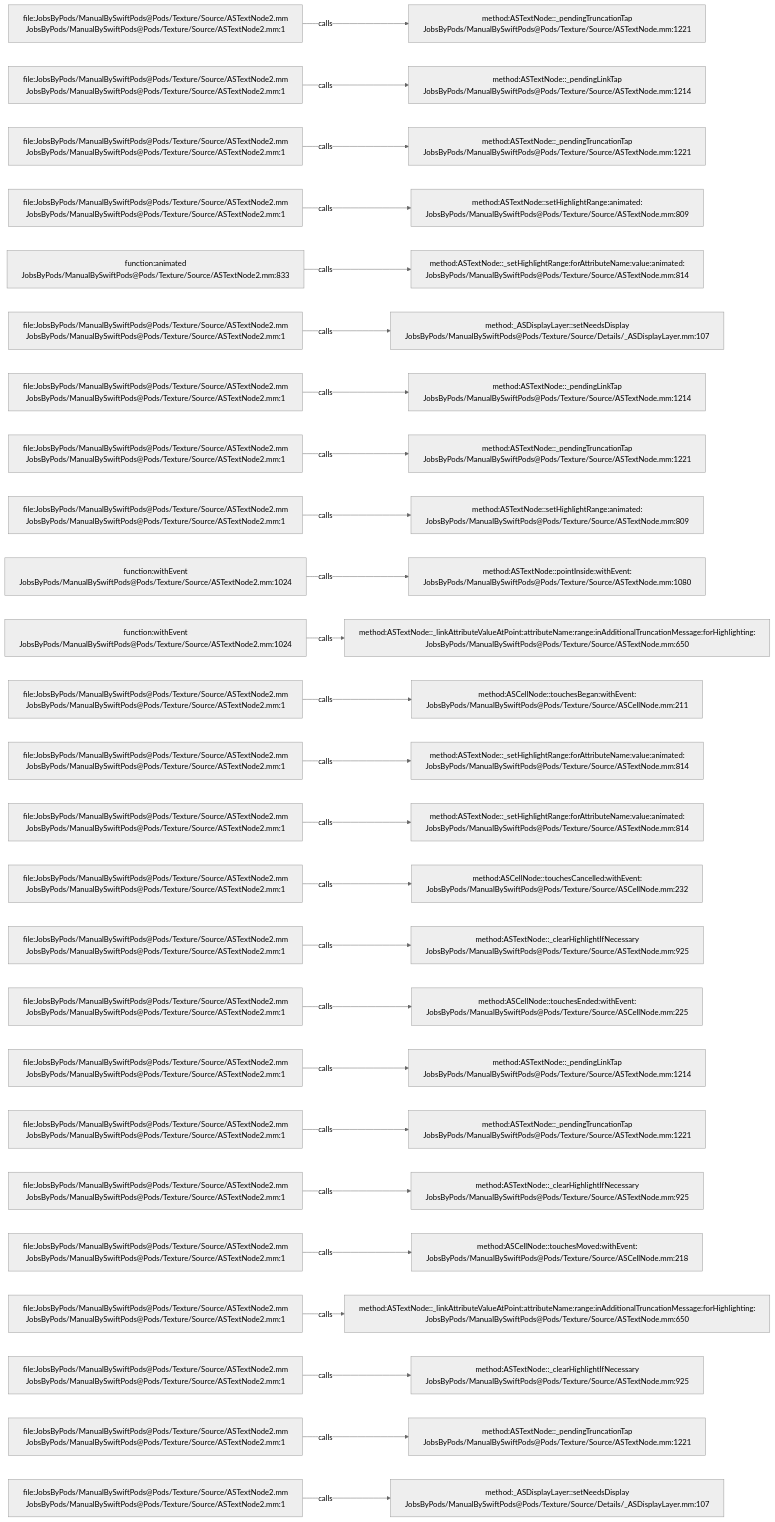
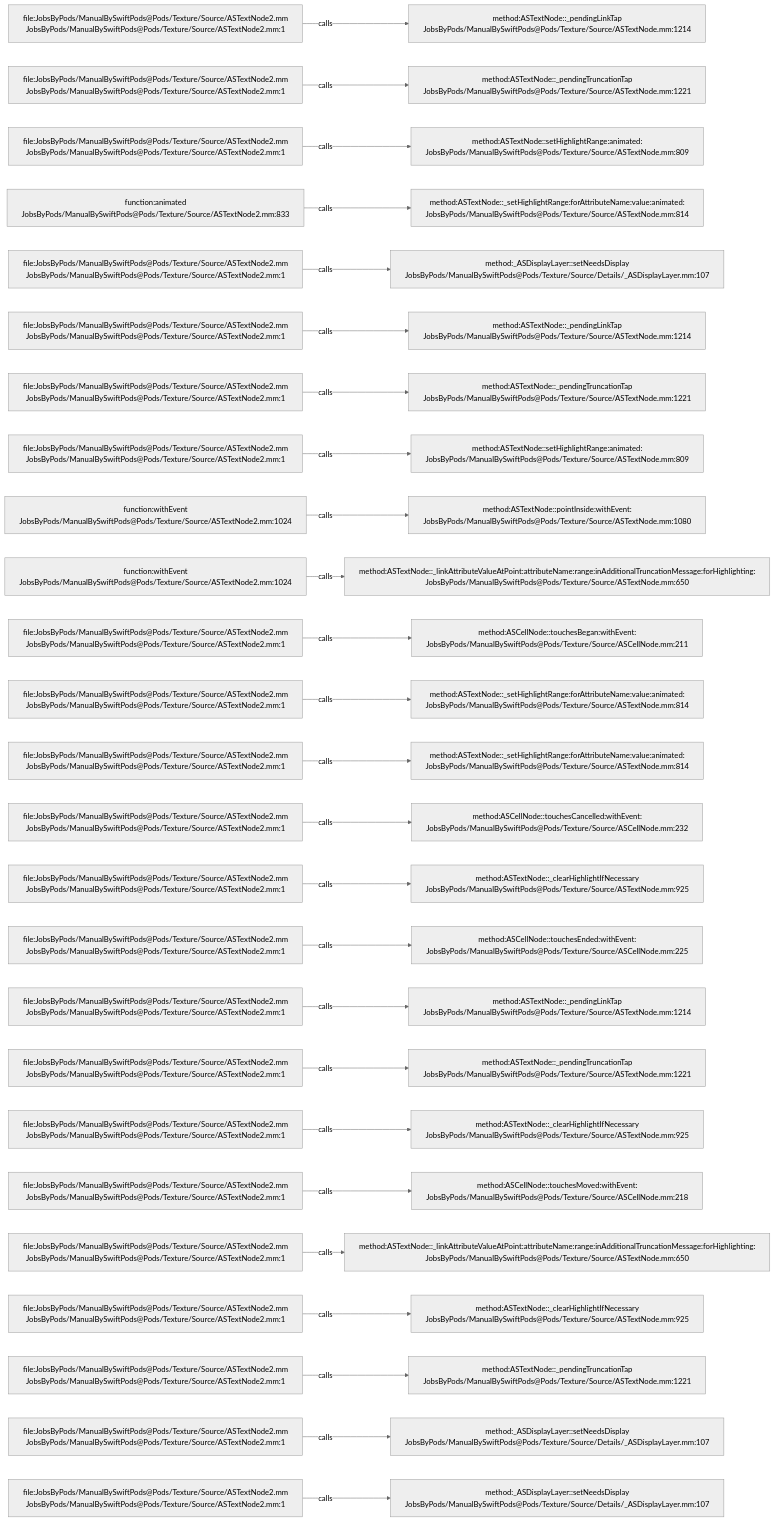
Before and after one commit to JobsKits/JobsSwiftBaseConfigDemo: the diagram in .codegraph/codegraph.md/graphs/calls-072.md, drawn with Mermaid (neutral theme). The commit also changed 747 other files, not shown here.

````diff
--- a/.codegraph/codegraph.md/graphs/calls-072.md
+++ b/.codegraph/codegraph.md/graphs/calls-072.md
@@ -13,78 +13,78 @@
 ```mermaid
 flowchart LR
   S1["file:JobsByPods/ManualBySwiftPods@Pods/Texture/Source/ASTextNode2.mm<br/>JobsByPods/ManualBySwiftPods@Pods/Texture/Source/ASTextNode2.mm:1"]
-  T1["method:ASTextNode::_pendingTruncationTap<br/>JobsByPods/ManualBySwiftPods@Pods/Texture/Source/ASTextNode.mm:1221"]
+  T1["method:ASTextNode::_pendingLinkTap<br/>JobsByPods/ManualBySwiftPods@Pods/Texture/Source/ASTextNode.mm:1214"]
   S1 -->|calls| T1
   S2["file:JobsByPods/ManualBySwiftPods@Pods/Texture/Source/ASTextNode2.mm<br/>JobsByPods/ManualBySwiftPods@Pods/Texture/Source/ASTextNode2.mm:1"]
-  T2["method:ASTextNode::_pendingLinkTap<br/>JobsByPods/ManualBySwiftPods@Pods/Texture/Source/ASTextNode.mm:1214"]
+  T2["method:ASTextNode::_pendingTruncationTap<br/>JobsByPods/ManualBySwiftPods@Pods/Texture/Source/ASTextNode.mm:1221"]
   S2 -->|calls| T2
   S3["file:JobsByPods/ManualBySwiftPods@Pods/Texture/Source/ASTextNode2.mm<br/>JobsByPods/ManualBySwiftPods@Pods/Texture/Source/ASTextNode2.mm:1"]
-  T3["method:ASTextNode::_pendingTruncationTap<br/>JobsByPods/ManualBySwiftPods@Pods/Texture/Source/ASTextNode.mm:1221"]
+  T3["method:ASTextNode::setHighlightRange:animated:<br/>JobsByPods/ManualBySwiftPods@Pods/Texture/Source/ASTextNode.mm:809"]
   S3 -->|calls| T3
-  S4["file:JobsByPods/ManualBySwiftPods@Pods/Texture/Source/ASTextNode2.mm<br/>JobsByPods/ManualBySwiftPods@Pods/Texture/Source/ASTextNode2.mm:1"]
-  T4["method:ASTextNode::setHighlightRange:animated:<br/>JobsByPods/ManualBySwiftPods@Pods/Texture/Source/ASTextNode.mm:809"]
+  S4["function:animated<br/>JobsByPods/ManualBySwiftPods@Pods/Texture/Source/ASTextNode2.mm:833"]
+  T4["method:ASTextNode::_setHighlightRange:forAttributeName:value:animated:<br/>JobsByPods/ManualBySwiftPods@Pods/Texture/Source/ASTextNode.mm:814"]
   S4 -->|calls| T4
-  S5["function:animated<br/>JobsByPods/ManualBySwiftPods@Pods/Texture/Source/ASTextNode2.mm:833"]
-  T5["method:ASTextNode::_setHighlightRange:forAttributeName:value:animated:<br/>JobsByPods/ManualBySwiftPods@Pods/Texture/Source/ASTextNode.mm:814"]
+  S5["file:JobsByPods/ManualBySwiftPods@Pods/Texture/Source/ASTextNode2.mm<br/>JobsByPods/ManualBySwiftPods@Pods/Texture/Source/ASTextNode2.mm:1"]
+  T5["method:_ASDisplayLayer::setNeedsDisplay<br/>JobsByPods/ManualBySwiftPods@Pods/Texture/Source/Details/_ASDisplayLayer.mm:107"]
   S5 -->|calls| T5
   S6["file:JobsByPods/ManualBySwiftPods@Pods/Texture/Source/ASTextNode2.mm<br/>JobsByPods/ManualBySwiftPods@Pods/Texture/Source/ASTextNode2.mm:1"]
-  T6["method:_ASDisplayLayer::setNeedsDisplay<br/>JobsByPods/ManualBySwiftPods@Pods/Texture/Source/Details/_ASDisplayLayer.mm:107"]
+  T6["method:ASTextNode::_pendingLinkTap<br/>JobsByPods/ManualBySwiftPods@Pods/Texture/Source/ASTextNode.mm:1214"]
   S6 -->|calls| T6
   S7["file:JobsByPods/ManualBySwiftPods@Pods/Texture/Source/ASTextNode2.mm<br/>JobsByPods/ManualBySwiftPods@Pods/Texture/Source/ASTextNode2.mm:1"]
-  T7["method:ASTextNode::_pendingLinkTap<br/>JobsByPods/ManualBySwiftPods@Pods/Texture/Source/ASTextNode.mm:1214"]
+  T7["method:ASTextNode::_pendingTruncationTap<br/>JobsByPods/ManualBySwiftPods@Pods/Texture/Source/ASTextNode.mm:1221"]
   S7 -->|calls| T7
   S8["file:JobsByPods/ManualBySwiftPods@Pods/Texture/Source/ASTextNode2.mm<br/>JobsByPods/ManualBySwiftPods@Pods/Texture/Source/ASTextNode2.mm:1"]
-  T8["method:ASTextNode::_pendingTruncationTap<br/>JobsByPods/ManualBySwiftPods@Pods/Texture/Source/ASTextNode.mm:1221"]
+  T8["method:ASTextNode::setHighlightRange:animated:<br/>JobsByPods/ManualBySwiftPods@Pods/Texture/Source/ASTextNode.mm:809"]
   S8 -->|calls| T8
-  S9["file:JobsByPods/ManualBySwiftPods@Pods/Texture/Source/ASTextNode2.mm<br/>JobsByPods/ManualBySwiftPods@Pods/Texture/Source/ASTextNode2.mm:1"]
-  T9["method:ASTextNode::setHighlightRange:animated:<br/>JobsByPods/ManualBySwiftPods@Pods/Texture/Source/ASTextNode.mm:809"]
+  S9["function:withEvent<br/>JobsByPods/ManualBySwiftPods@Pods/Texture/Source/ASTextNode2.mm:1024"]
+  T9["method:ASTextNode::pointInside:withEvent:<br/>JobsByPods/ManualBySwiftPods@Pods/Texture/Source/ASTextNode.mm:1080"]
   S9 -->|calls| T9
   S10["function:withEvent<br/>JobsByPods/ManualBySwiftPods@Pods/Texture/Source/ASTextNode2.mm:1024"]
-  T10["method:ASTextNode::pointInside:withEvent:<br/>JobsByPods/ManualBySwiftPods@Pods/Texture/Source/ASTextNode.mm:1080"]
+  T10["method:ASTextNode::_linkAttributeValueAtPoint:attributeName:range:inAdditionalTruncationMessage:forHighlighting:<br/>JobsByPods/ManualBySwiftPods@Pods/Texture/Source/ASTextNode.mm:650"]
   S10 -->|calls| T10
-  S11["function:withEvent<br/>JobsByPods/ManualBySwiftPods@Pods/Texture/Source/ASTextNode2.mm:1024"]
-  T11["method:ASTextNode::_linkAttributeValueAtPoint:attributeName:range:inAdditionalTruncationMessage:forHighlighting:<br/>JobsByPods/ManualBySwiftPods@Pods/Texture/Source/ASTextNode.mm:650"]
+  S11["file:JobsByPods/ManualBySwiftPods@Pods/Texture/Source/ASTextNode2.mm<br/>JobsByPods/ManualBySwiftPods@Pods/Texture/Source/ASTextNode2.mm:1"]
+  T11["method:ASCellNode::touchesBegan:withEvent:<br/>JobsByPods/ManualBySwiftPods@Pods/Texture/Source/ASCellNode.mm:211"]
   S11 -->|calls| T11
   S12["file:JobsByPods/ManualBySwiftPods@Pods/Texture/Source/ASTextNode2.mm<br/>JobsByPods/ManualBySwiftPods@Pods/Texture/Source/ASTextNode2.mm:1"]
-  T12["method:ASCellNode::touchesBegan:withEvent:<br/>JobsByPods/ManualBySwiftPods@Pods/Texture/Source/ASCellNode.mm:211"]
+  T12["method:ASTextNode::_setHighlightRange:forAttributeName:value:animated:<br/>JobsByPods/ManualBySwiftPods@Pods/Texture/Source/ASTextNode.mm:814"]
   S12 -->|calls| T12
   S13["file:JobsByPods/ManualBySwiftPods@Pods/Texture/Source/ASTextNode2.mm<br/>JobsByPods/ManualBySwiftPods@Pods/Texture/Source/ASTextNode2.mm:1"]
   T13["method:ASTextNode::_setHighlightRange:forAttributeName:value:animated:<br/>JobsByPods/ManualBySwiftPods@Pods/Texture/Source/ASTextNode.mm:814"]
   S13 -->|calls| T13
   S14["file:JobsByPods/ManualBySwiftPods@Pods/Texture/Source/ASTextNode2.mm<br/>JobsByPods/ManualBySwiftPods@Pods/Texture/Source/ASTextNode2.mm:1"]
-  T14["method:ASTextNode::_setHighlightRange:forAttributeName:value:animated:<br/>JobsByPods/ManualBySwiftPods@Pods/Texture/Source/ASTextNode.mm:814"]
+  T14["method:ASCellNode::touchesCancelled:withEvent:<br/>JobsByPods/ManualBySwiftPods@Pods/Texture/Source/ASCellNode.mm:232"]
   S14 -->|calls| T14
   S15["file:JobsByPods/ManualBySwiftPods@Pods/Texture/Source/ASTextNode2.mm<br/>JobsByPods/ManualBySwiftPods@Pods/Texture/Source/ASTextNode2.mm:1"]
-  T15["method:ASCellNode::touchesCancelled:withEvent:<br/>JobsByPods/ManualBySwiftPods@Pods/Texture/Source/ASCellNode.mm:232"]
+  T15["method:ASTextNode::_clearHighlightIfNecessary<br/>JobsByPods/ManualBySwiftPods@Pods/Texture/Source/ASTextNode.mm:925"]
   S15 -->|calls| T15
   S16["file:JobsByPods/ManualBySwiftPods@Pods/Texture/Source/ASTextNode2.mm<br/>JobsByPods/ManualBySwiftPods@Pods/Texture/Source/ASTextNode2.mm:1"]
-  T16["method:ASTextNode::_clearHighlightIfNecessary<br/>JobsByPods/ManualBySwiftPods@Pods/Texture/Source/ASTextNode.mm:925"]
+  T16["method:ASCellNode::touchesEnded:withEvent:<br/>JobsByPods/ManualBySwiftPods@Pods/Texture/Source/ASCellNode.mm:225"]
   S16 -->|calls| T16
   S17["file:JobsByPods/ManualBySwiftPods@Pods/Texture/Source/ASTextNode2.mm<br/>JobsByPods/ManualBySwiftPods@Pods/Texture/Source/ASTextNode2.mm:1"]
-  T17["method:ASCellNode::touchesEnded:withEvent:<br/>JobsByPods/ManualBySwiftPods@Pods/Texture/Source/ASCellNode.mm:225"]
+  T17["method:ASTextNode::_pendingLinkTap<br/>JobsByPods/ManualBySwiftPods@Pods/Texture/Source/ASTextNode.mm:1214"]
   S17 -->|calls| T17
   S18["file:JobsByPods/ManualBySwiftPods@Pods/Texture/Source/ASTextNode2.mm<br/>JobsByPods/ManualBySwiftPods@Pods/Texture/Source/ASTextNode2.mm:1"]
-  T18["method:ASTextNode::_pendingLinkTap<br/>JobsByPods/ManualBySwiftPods@Pods/Texture/Source/ASTextNode.mm:1214"]
+  T18["method:ASTextNode::_pendingTruncationTap<br/>JobsByPods/ManualBySwiftPods@Pods/Texture/Source/ASTextNode.mm:1221"]
   S18 -->|calls| T18
   S19["file:JobsByPods/ManualBySwiftPods@Pods/Texture/Source/ASTextNode2.mm<br/>JobsByPods/ManualBySwiftPods@Pods/Texture/Source/ASTextNode2.mm:1"]
-  T19["method:ASTextNode::_pendingTruncationTap<br/>JobsByPods/ManualBySwiftPods@Pods/Texture/Source/ASTextNode.mm:1221"]
+  T19["method:ASTextNode::_clearHighlightIfNecessary<br/>JobsByPods/ManualBySwiftPods@Pods/Texture/Source/ASTextNode.mm:925"]
   S19 -->|calls| T19
   S20["file:JobsByPods/ManualBySwiftPods@Pods/Texture/Source/ASTextNode2.mm<br/>JobsByPods/ManualBySwiftPods@Pods/Texture/Source/ASTextNode2.mm:1"]
-  T20["method:ASTextNode::_clearHighlightIfNecessary<br/>JobsByPods/ManualBySwiftPods@Pods/Texture/Source/ASTextNode.mm:925"]
+  T20["method:ASCellNode::touchesMoved:withEvent:<br/>JobsByPods/ManualBySwiftPods@Pods/Texture/Source/ASCellNode.mm:218"]
   S20 -->|calls| T20
   S21["file:JobsByPods/ManualBySwiftPods@Pods/Texture/Source/ASTextNode2.mm<br/>JobsByPods/ManualBySwiftPods@Pods/Texture/Source/ASTextNode2.mm:1"]
-  T21["method:ASCellNode::touchesMoved:withEvent:<br/>JobsByPods/ManualBySwiftPods@Pods/Texture/Source/ASCellNode.mm:218"]
+  T21["method:ASTextNode::_linkAttributeValueAtPoint:attributeName:range:inAdditionalTruncationMessage:forHighlighting:<br/>JobsByPods/ManualBySwiftPods@Pods/Texture/Source/ASTextNode.mm:650"]
   S21 -->|calls| T21
   S22["file:JobsByPods/ManualBySwiftPods@Pods/Texture/Source/ASTextNode2.mm<br/>JobsByPods/ManualBySwiftPods@Pods/Texture/Source/ASTextNode2.mm:1"]
-  T22["method:ASTextNode::_linkAttributeValueAtPoint:attributeName:range:inAdditionalTruncationMessage:forHighlighting:<br/>JobsByPods/ManualBySwiftPods@Pods/Texture/Source/ASTextNode.mm:650"]
+  T22["method:ASTextNode::_clearHighlightIfNecessary<br/>JobsByPods/ManualBySwiftPods@Pods/Texture/Source/ASTextNode.mm:925"]
   S22 -->|calls| T22
   S23["file:JobsByPods/ManualBySwiftPods@Pods/Texture/Source/ASTextNode2.mm<br/>JobsByPods/ManualBySwiftPods@Pods/Texture/Source/ASTextNode2.mm:1"]
-  T23["method:ASTextNode::_clearHighlightIfNecessary<br/>JobsByPods/ManualBySwiftPods@Pods/Texture/Source/ASTextNode.mm:925"]
+  T23["method:ASTextNode::_pendingTruncationTap<br/>JobsByPods/ManualBySwiftPods@Pods/Texture/Source/ASTextNode.mm:1221"]
   S23 -->|calls| T23
   S24["file:JobsByPods/ManualBySwiftPods@Pods/Texture/Source/ASTextNode2.mm<br/>JobsByPods/ManualBySwiftPods@Pods/Texture/Source/ASTextNode2.mm:1"]
-  T24["method:ASTextNode::_pendingTruncationTap<br/>JobsByPods/ManualBySwiftPods@Pods/Texture/Source/ASTextNode.mm:1221"]
+  T24["method:_ASDisplayLayer::setNeedsDisplay<br/>JobsByPods/ManualBySwiftPods@Pods/Texture/Source/Details/_ASDisplayLayer.mm:107"]
   S24 -->|calls| T24
   S25["file:JobsByPods/ManualBySwiftPods@Pods/Texture/Source/ASTextNode2.mm<br/>JobsByPods/ManualBySwiftPods@Pods/Texture/Source/ASTextNode2.mm:1"]
   T25["method:_ASDisplayLayer::setNeedsDisplay<br/>JobsByPods/ManualBySwiftPods@Pods/Texture/Source/Details/_ASDisplayLayer.mm:107"]
   S25 -->|calls| T25
 ```
````
